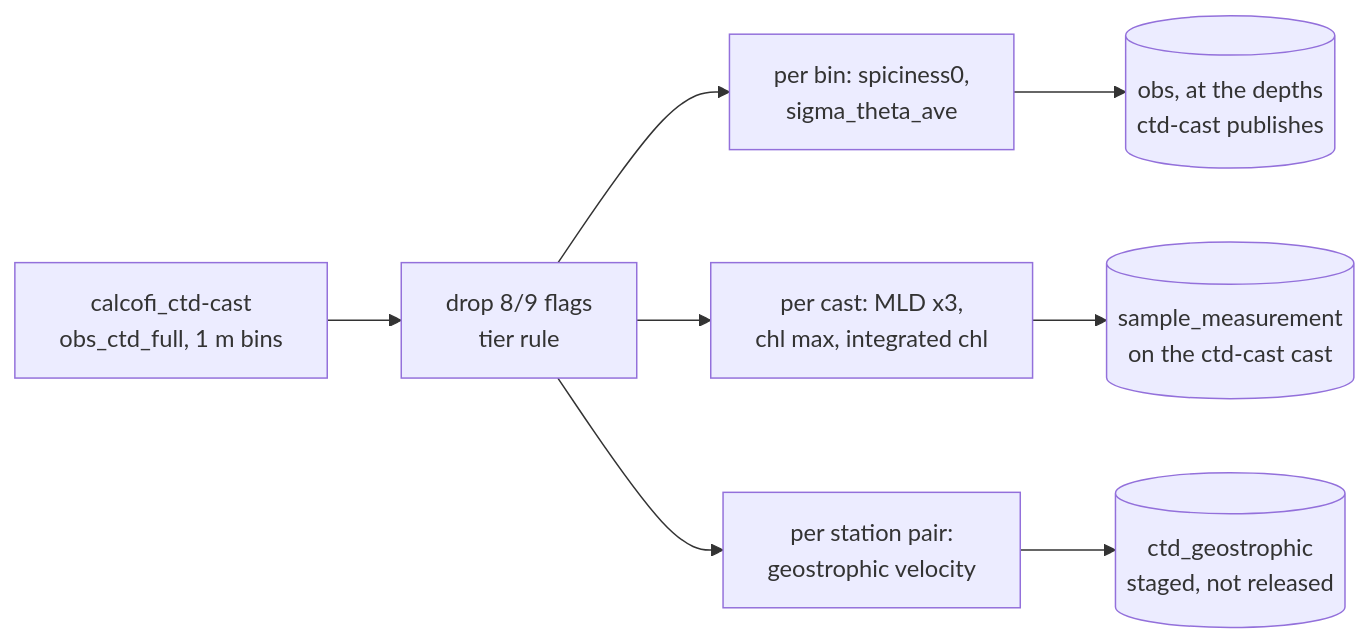
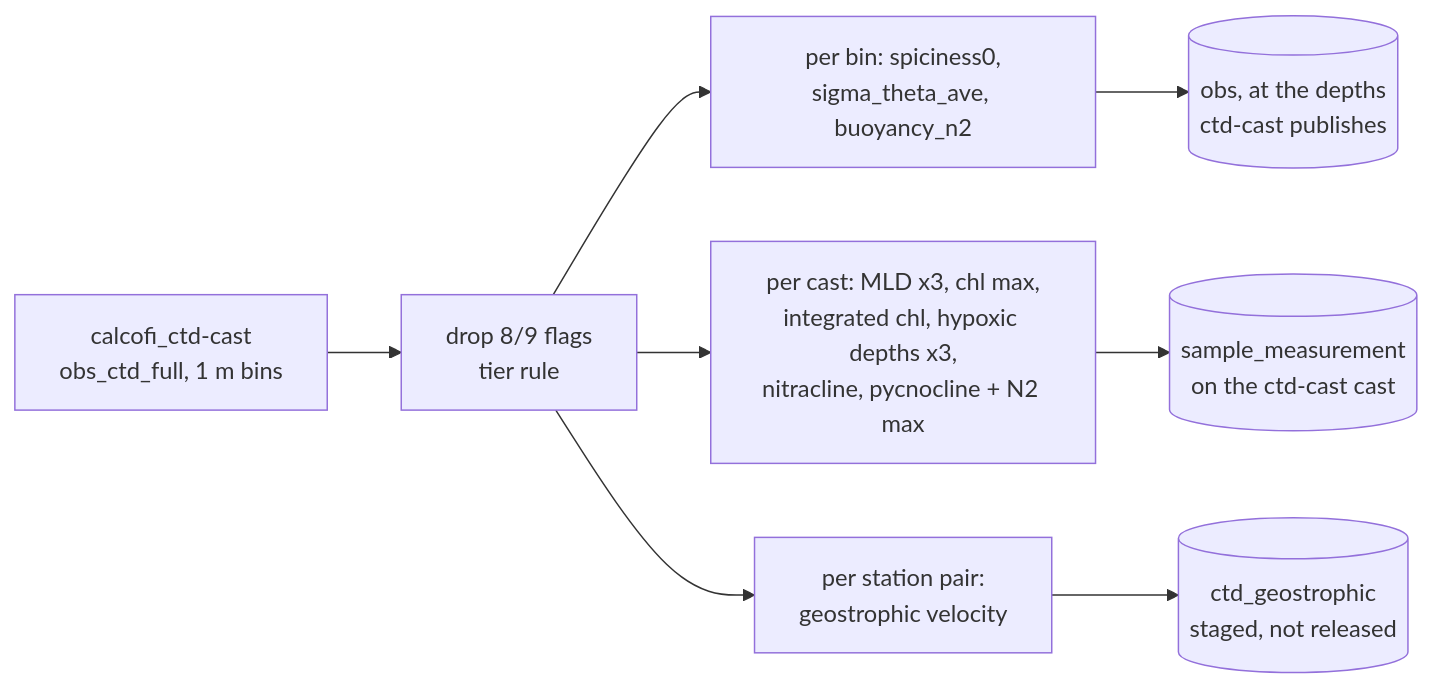
The diagram in ingest_calcofi_ctd-derived.qmd (CalCOFI/workflows), drawn with Mermaid before and after one commit. The commit also changed other lines of this file and 7 other files, not shown here.

First line of the commit message:
ctd-derived: hypoxic boundary depths (2.4/1.4/0.5 mL/L), nitracline (1 umol/L), pycnocline + N2 (TEOS-10)

````diff
--- a/ingest_calcofi_ctd-derived.qmd
+++ b/ingest_calcofi_ctd-derived.qmd
@@ -67,10 +83,10 @@
 ```{mermaid}
 graph LR
   A[calcofi_ctd-cast<br/>obs_ctd_full, 1 m bins] --> B[drop 8/9 flags<br/>tier rule]
-  B --> C[per bin: spiciness0,<br/>sigma_theta_ave]
-  B --> D[per cast: MLD x3,<br/>chl max, integrated chl]
+  B --> C[per bin: spiciness0,<br/>sigma_theta_ave, buoyancy_n2]
+  B --> D[per cast: MLD x3, chl max,<br/>integrated chl, hypoxic depths x3,<br/>nitracline, pycnocline + N2 max]
   B --> E[per station pair:<br/>geostrophic velocity]
   C --> F[(obs, at the depths<br/>ctd-cast publishes)]
   D --> G[(sample_measurement<br/>on the ctd-cast cast)]
   E --> H[(ctd_geostrophic<br/>staged, not released)]
 ```
````
